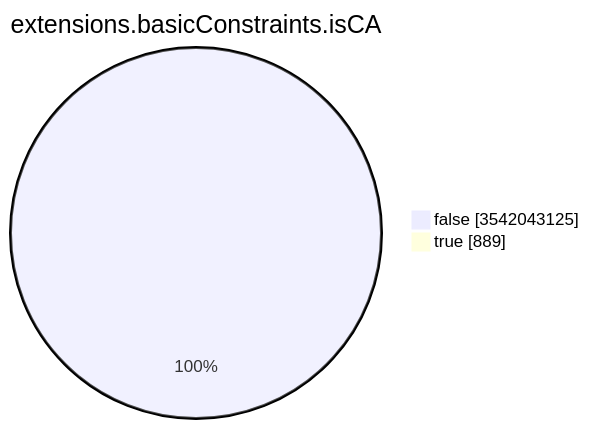
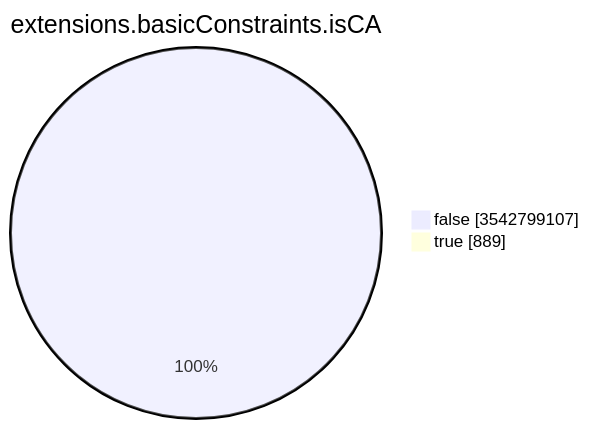
Before and after one commit to christiankrug/ctmonitor_visualization: the seventh of 15 diagrams in TOTAL/README.md, drawn with Mermaid. The commit also changed other lines of this file, not shown here.

````diff
--- a/TOTAL/README.md
+++ b/TOTAL/README.md
@@ -3094,6 +3094,6 @@
 ```mermaid
 pie showData
 title extensions.basicConstraints.isCA
-"false" :3542043125
+"false" :3542799107
 "true" :889
 ```
````
